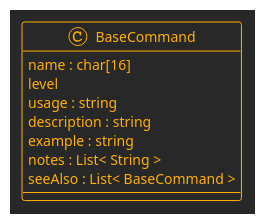
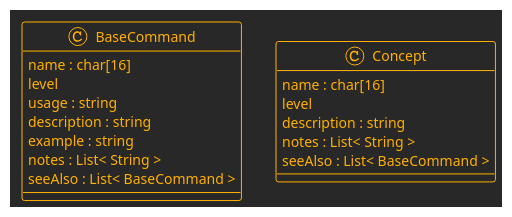
Before and after one commit to marknelsonengineer/empire: the fifth of 11 diagrams in API_DESIGN.md, drawn with PlantUML. The commit also changed other lines of this file and 5 other files, not shown here.

```diff
--- a/API_DESIGN.md
+++ b/API_DESIGN.md
@@ -181,15 +237,23 @@
 @startuml
 !theme crt-amber
 skinparam classAttributeIconSize 0
 
 class BaseCommand {
   name : char[16]
   level
   usage : string
   description : string
   example : string
   notes : List< String >
   seeAlso : List< BaseCommand >
 }
 
+class Concept {
+  name : char[16]
+  level
+  description : string
+  notes : List< String >
+  seeAlso : List< BaseCommand >
+}
+
 @enduml
```
